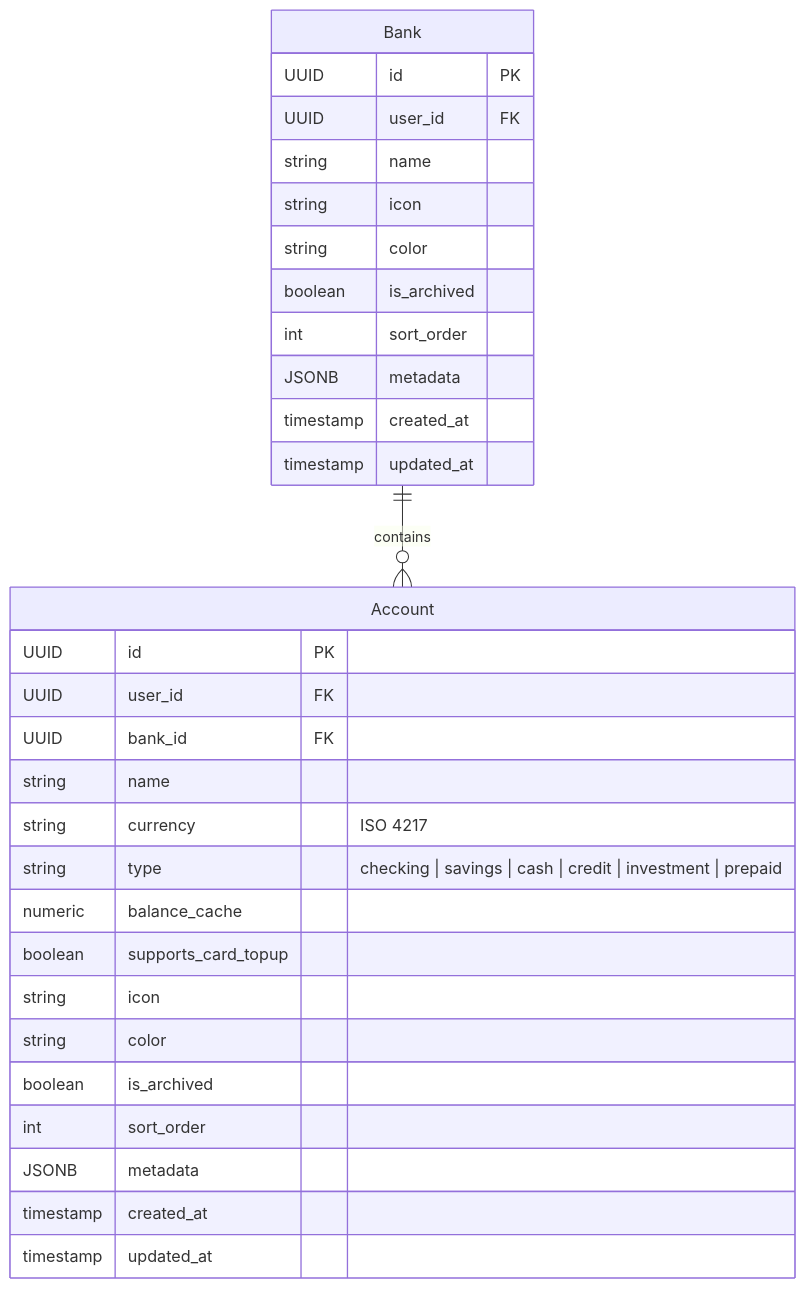
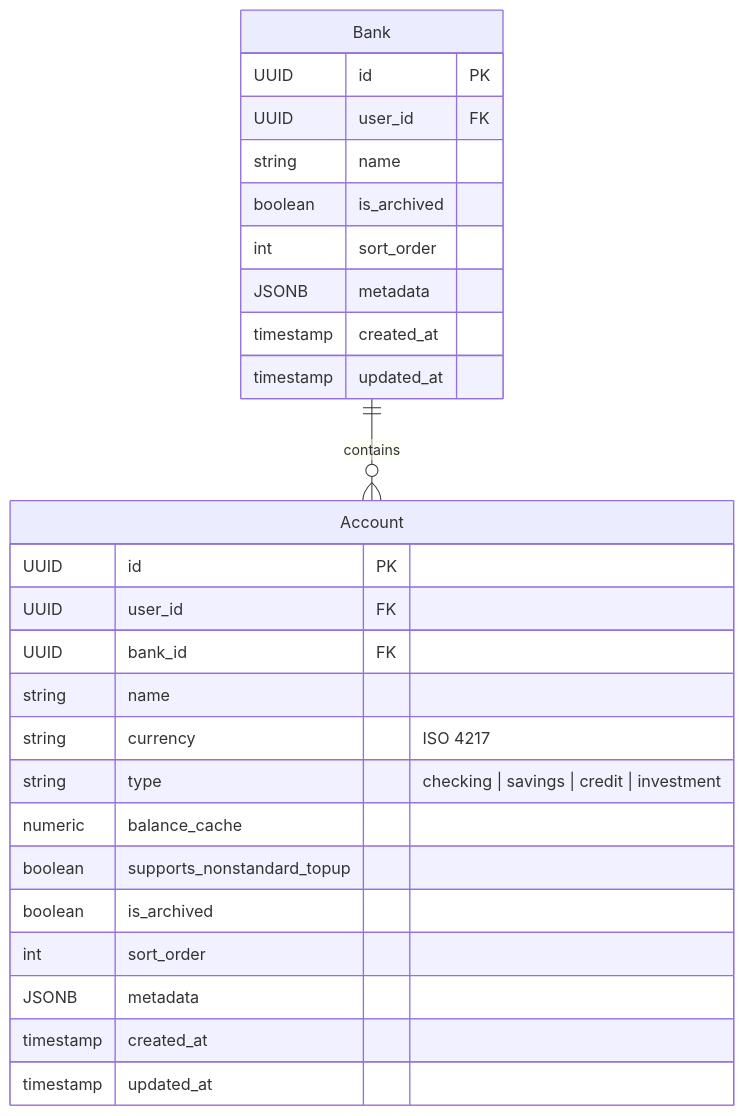
Before and after one commit to Xsarius/RustVault: the fourth of 14 diagrams in docs/development_plan/IMPLEMENTATION_PLAN.md, drawn with Mermaid. The commit also changed other lines of this file and 11 other files, not shown here.

````diff
--- a/docs/development_plan/IMPLEMENTATION_PLAN.md
+++ b/docs/development_plan/IMPLEMENTATION_PLAN.md
@@ -199,35 +199,31 @@
 ```mermaid
 erDiagram
     Bank {
         UUID id PK
         UUID user_id FK
         string name
-        string icon
-        string color
         boolean is_archived
         int sort_order
         JSONB metadata
         timestamp created_at
         timestamp updated_at
     }
 
     Account {
         UUID id PK
         UUID user_id FK
         UUID bank_id FK
         string name
         string currency "ISO 4217"
-        string type "checking | savings | cash | credit | investment | prepaid"
+        string type "checking | savings | credit | investment"
         numeric balance_cache
-        boolean supports_card_topup
-        string icon
-        string color
+        boolean supports_nonstandard_topup
         boolean is_archived
         int sort_order
         JSONB metadata
         timestamp created_at
         timestamp updated_at
     }
 
     Bank ||--o{ Account : "contains"
 ```
````
